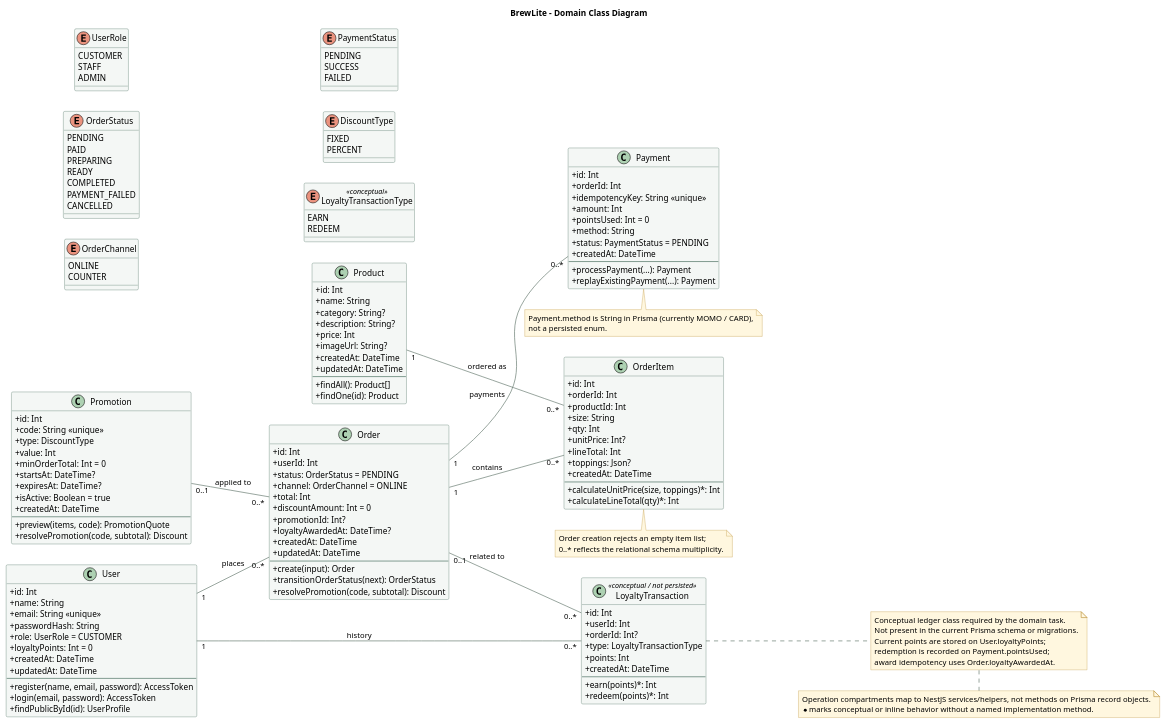
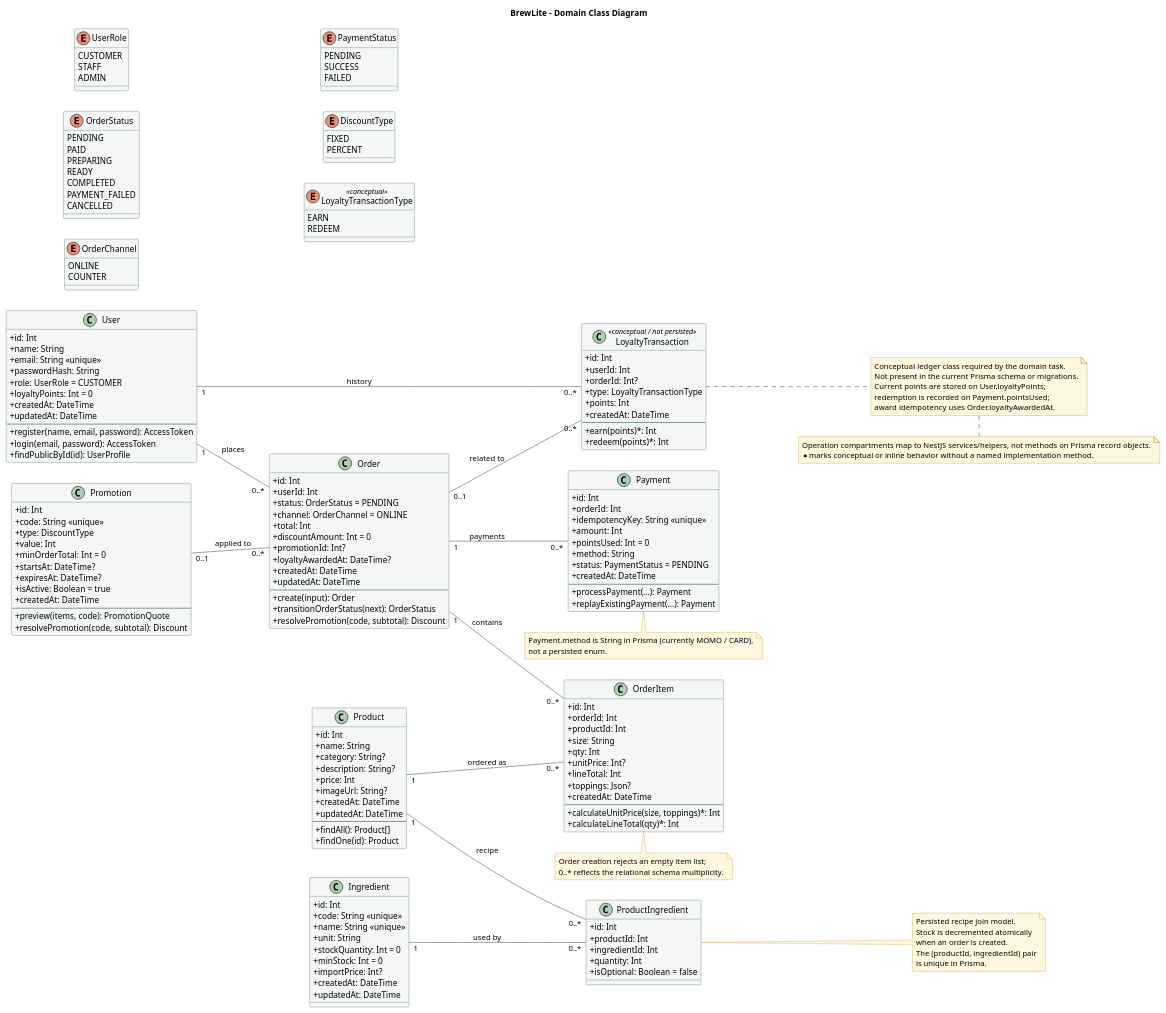
The diagram in docs/diagrams/class-domain.puml (ncd426/BrewLite-2), drawn with PlantUML before and after one commit. The commit also changed 5 other files, not shown here.

First line of the commit message:
docs: finalize activity, class, sequence diagrams

```diff
--- a/docs/diagrams/class-domain.puml
+++ b/docs/diagrams/class-domain.puml
@@ -1,4 +1,4 @@
-@startuml BrewLite Domain Class Diagram
+@startuml class-domain
 left to right direction
 skinparam shadowing false
 skinparam classAttributeIconSize 0
@@ -41,6 +41,26 @@
   --
   + findAll(): Product[]
   + findOne(id): Product
+}
+
+class Ingredient {
+  +id: Int
+  +code: String <<unique>>
+  +name: String <<unique>>
+  +unit: String
+  +stockQuantity: Int = 0
+  +minStock: Int = 0
+  +importPrice: Int?
+  +createdAt: DateTime
+  +updatedAt: DateTime
+}
+
+class ProductIngredient {
+  +id: Int
+  +productId: Int
+  +ingredientId: Int
+  +quantity: Int
+  +isOptional: Boolean = false
 }
 
 class Order {
@@ -156,10 +176,20 @@
 User "1" -- "0..*" Order : places
 Order "1" -- "0..*" OrderItem : contains
 Product "1" -- "0..*" OrderItem : ordered as
+Product "1" -- "0..*" ProductIngredient : recipe
+Ingredient "1" -- "0..*" ProductIngredient : used by
 Order "1" -- "0..*" Payment : payments
 Promotion "0..1" -- "0..*" Order : applied to
 User "1" -- "0..*" LoyaltyTransaction : history
 Order "0..1" -- "0..*" LoyaltyTransaction : related to
+
+note right of ProductIngredient
+Persisted recipe join model.
+Stock is decremented atomically
+when an order is created.
+The (productId, ingredientId) pair
+is unique in Prisma.
+end note
 
 note right of LoyaltyTransaction
 Conceptual ledger class required by the domain task.
```
